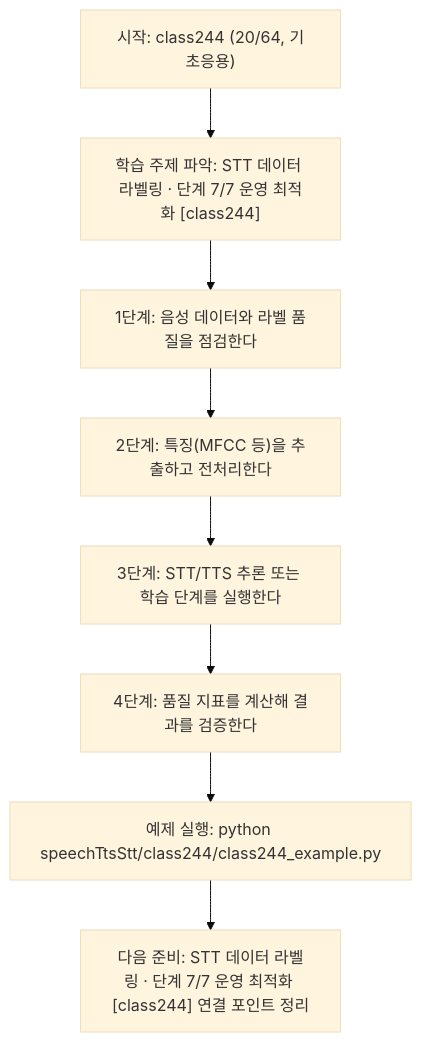
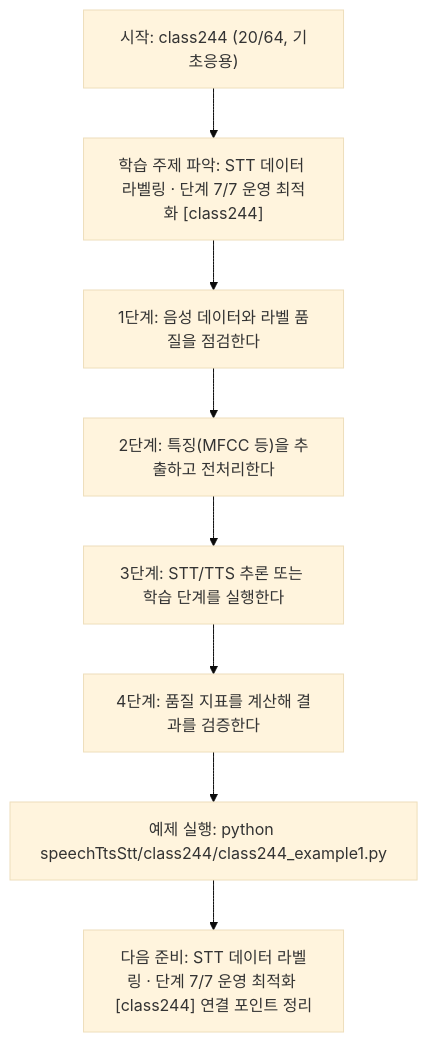
Before and after one commit to edumgt/Python-AI_Agent-Class: the diagram in speechTtsStt/class244/class244.md, drawn with Mermaid (base theme). The commit also changed other lines of this file and 2959 other files, not shown here.

````diff
--- a/speechTtsStt/class244/class244.md
+++ b/speechTtsStt/class244/class244.md
@@ -114,18 +114,18 @@
 ```mermaid
 flowchart TD
 N1["시작: class244 (20/64, 기초응용)"]
 N2["학습 주제 파악: STT 데이터 라벨링 · 단계 7/7 운영 최적화 [class244]"]
 N3["1단계: 음성 데이터와 라벨 품질을 점검한다"]
 N4["2단계: 특징(MFCC 등)을 추출하고 전처리한다"]
 N5["3단계: STT/TTS 추론 또는 학습 단계를 실행한다"]
 N6["4단계: 품질 지표를 계산해 결과를 검증한다"]
-N7["예제 실행: python speechTtsStt/class244/class244_example.py"]
+N7["예제 실행: python speechTtsStt/class244/class244_example1.py"]
 N8["다음 준비: STT 데이터 라벨링 · 단계 7/7 운영 최적화 [class244] 연결 포인트 정리"]
 N1 --> N2
 N2 --> N3
 N3 --> N4
 N4 --> N5
 N5 --> N6
 N6 --> N7
 N7 --> N8
 ```
````
